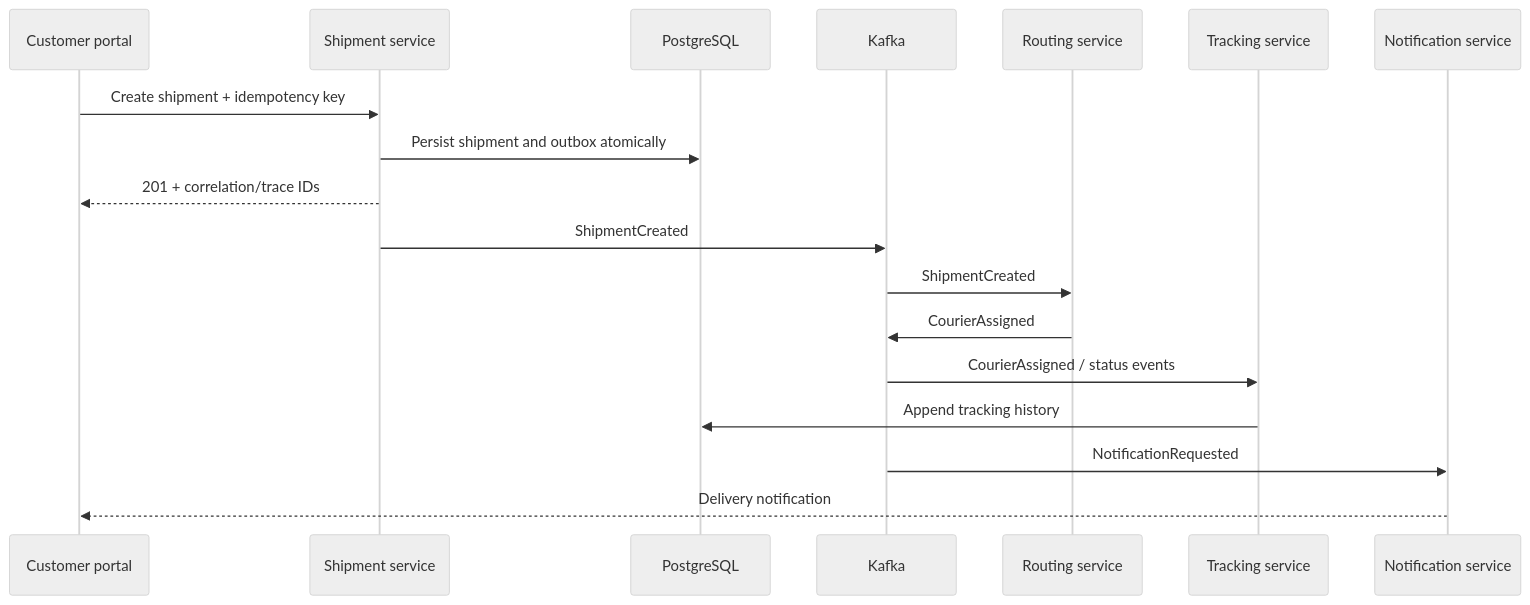
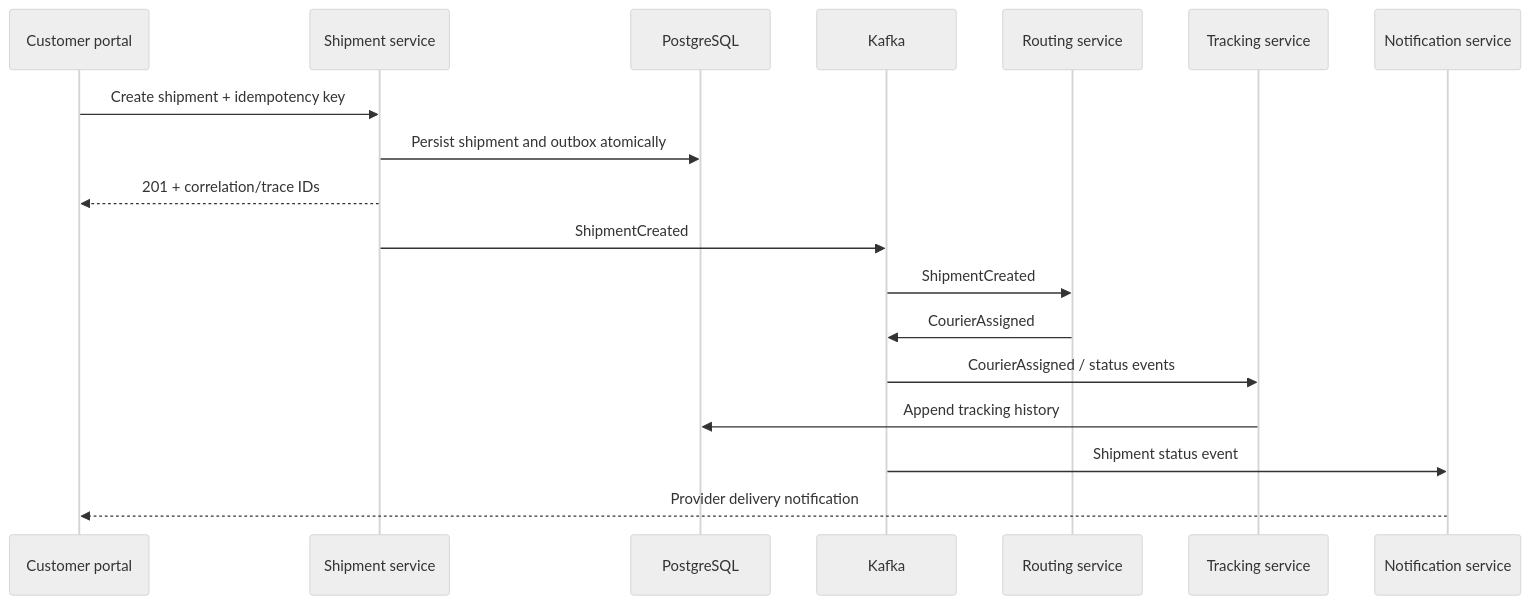
Before and after one commit to RadoFeev/UrbanFlow-Quality-Engineering-Platform: the fourth of 5 diagrams in README.md, drawn with Mermaid (neutral theme). The commit also changed other lines of this file and 15 other files, not shown here.

````diff
--- a/README.md
+++ b/README.md
@@ -122,20 +123,20 @@
 ```mermaid
 sequenceDiagram
     participant C as Customer portal
     participant S as Shipment service
     participant P as PostgreSQL
     participant K as Kafka
     participant R as Routing service
     participant T as Tracking service
     participant N as Notification service
     C->>S: Create shipment + idempotency key
     S->>P: Persist shipment and outbox atomically
     S-->>C: 201 + correlation/trace IDs
     S->>K: ShipmentCreated
     K->>R: ShipmentCreated
     R->>K: CourierAssigned
     K->>T: CourierAssigned / status events
     T->>P: Append tracking history
-    K->>N: NotificationRequested
-    N-->>C: Delivery notification
+    K->>N: Shipment status event
+    N-->>C: Provider delivery notification
 ```
````
